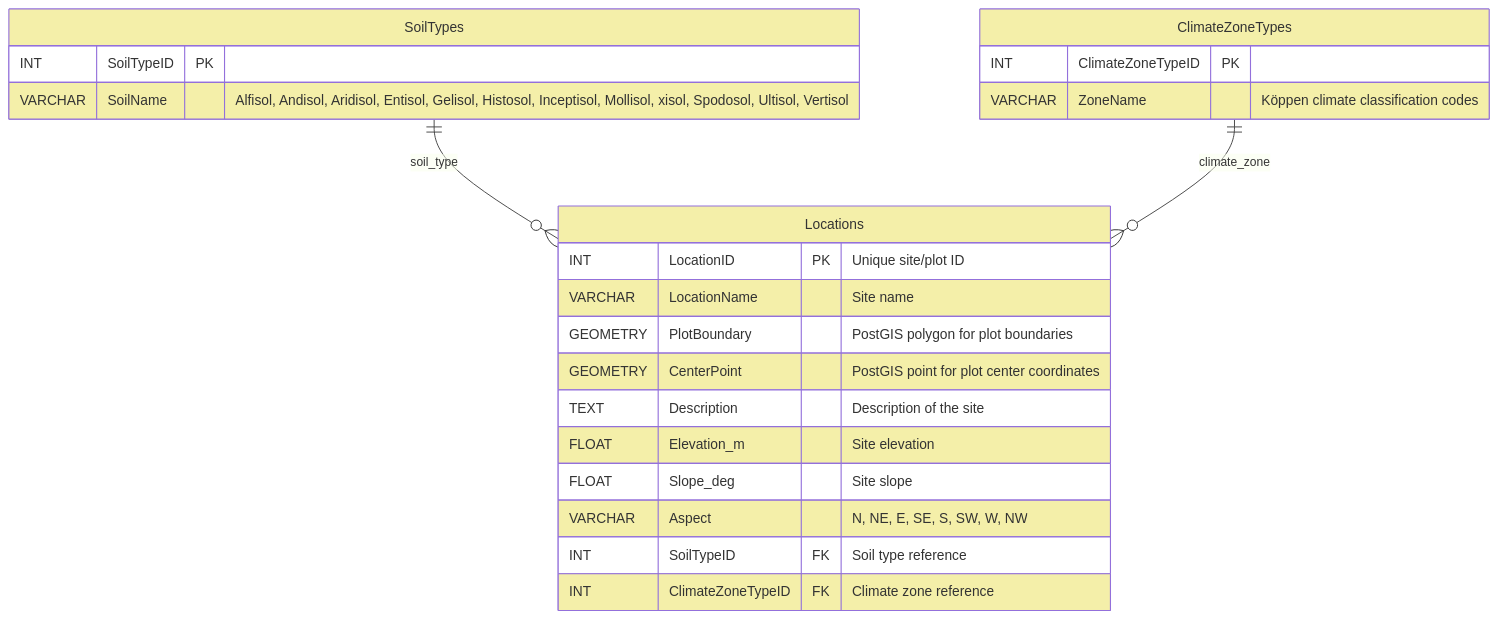
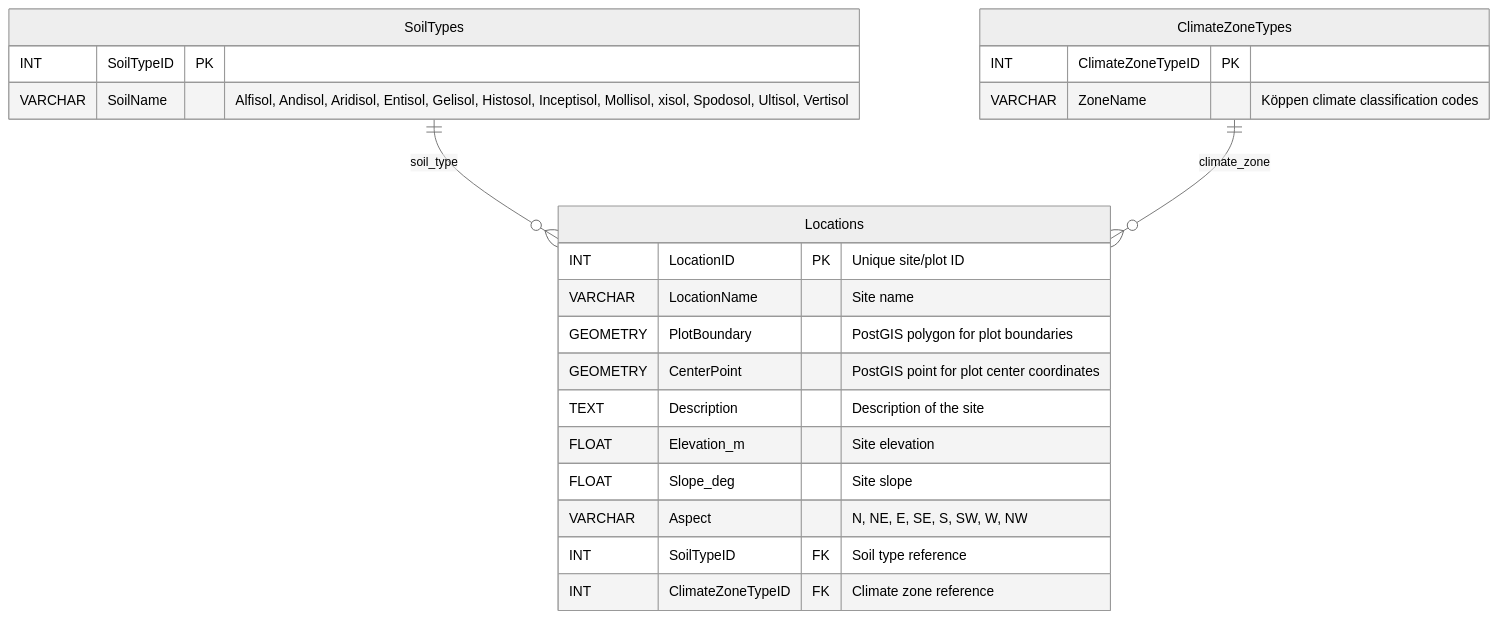
One commit to XRFutureForests/digital-twin-db changed the second of 8 diagrams in docs/architecture/database.md. Above: the diagram before and after it, drawn with Mermaid. The commit also changed other lines of this file and 3 other files, not shown here.

````diff
--- a/docs/architecture/database.md
+++ b/docs/architecture/database.md
@@ -83,31 +89,31 @@
 ```mermaid
+%%{init: {
+  "theme": "neutral"
+}}%%
 erDiagram
     Locations {
         INT LocationID PK "Unique site/plot ID"
         VARCHAR LocationName "Site name"
         GEOMETRY PlotBoundary "PostGIS polygon for plot boundaries"
         GEOMETRY CenterPoint "PostGIS point for plot center coordinates"
         TEXT Description "Description of the site"
         FLOAT Elevation_m "Site elevation"
         FLOAT Slope_deg "Site slope"
         VARCHAR Aspect "N, NE, E, SE, S, SW, W, NW"
         INT SoilTypeID FK "Soil type reference"
         INT ClimateZoneTypeID FK "Climate zone reference"
     }
 
     SoilTypes {
         INT SoilTypeID PK
         VARCHAR SoilName "Alfisol, Andisol, Aridisol, Entisol, Gelisol, Histosol, Inceptisol, Mollisol, xisol, Spodosol, Ultisol, Vertisol"
     }
 
     ClimateZoneTypes {
         INT ClimateZoneTypeID PK
         VARCHAR ZoneName "Köppen climate classification codes"
     }
 
     SoilTypes ||--o{ Locations : soil_type
     ClimateZoneTypes ||--o{ Locations : climate_zone
-
-    classDef table fill:#F4EFA9
-    class Locations,SoilTypes,ClimateZoneTypes table
 ```
````
